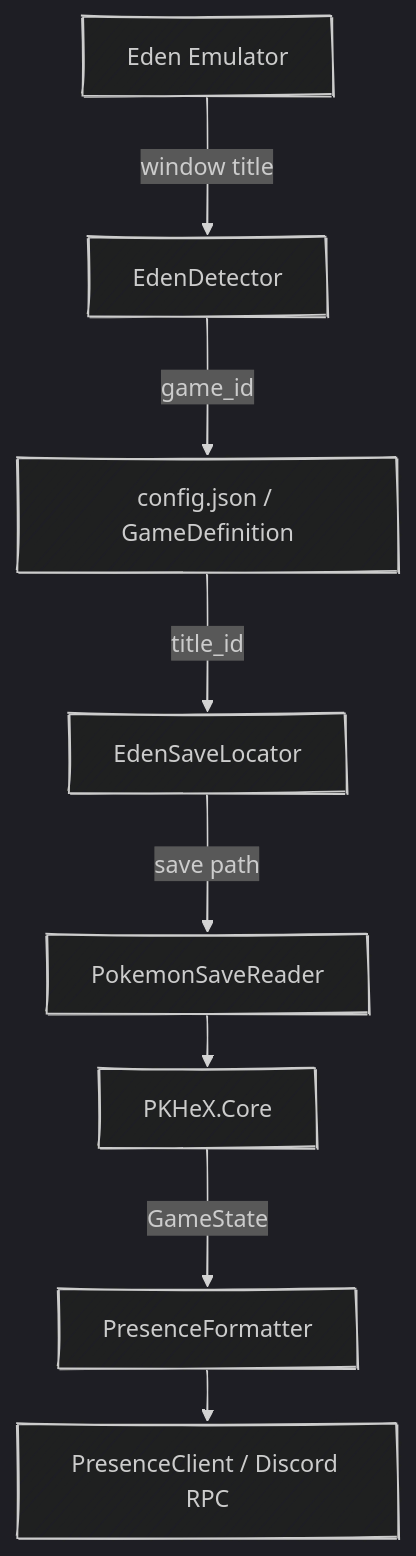
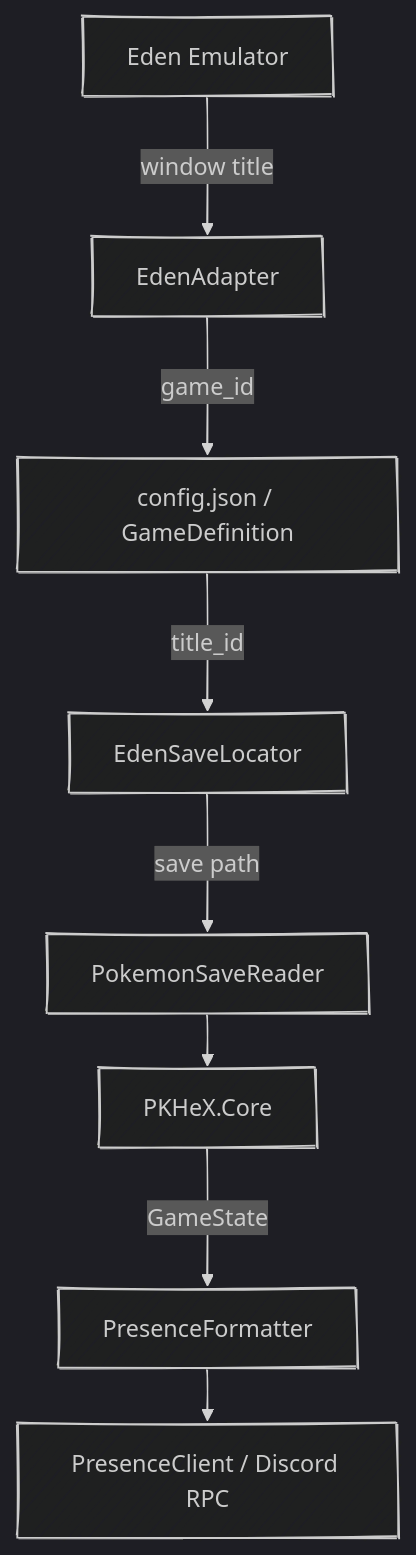
Before and after one commit to ramadhafidz/switch-rpc: the eighth of 9 diagrams in docs/ARCHITECTURE.md, drawn with Mermaid. The commit also changed other lines of this file and 22 other files, not shown here.

First line of the commit message:
feat(arch): introduce emulator adapter architecture (Phase 3)

````diff
--- a/docs/ARCHITECTURE.md
+++ b/docs/ARCHITECTURE.md
@@ -494,19 +500,19 @@
 ```mermaid
 ---
 config:
   theme: dark
   look: handDrawn
   layout: elk
 ---
 flowchart TD
-	A["Eden Emulator"] -->|window title| B["EdenDetector"]
+	A["Eden Emulator"] -->|window title| B["EdenAdapter"]
 
 	B -->|game_id| C["config.json / GameDefinition"]
 	C -->|title_id| D["EdenSaveLocator"]
 
 	D -->|save path| E["PokemonSaveReader"]
 	E --> F["PKHeX.Core"]
 
 	F -->|GameState| G["PresenceFormatter"]
 	G --> H["PresenceClient / Discord RPC"]
 ```
````
